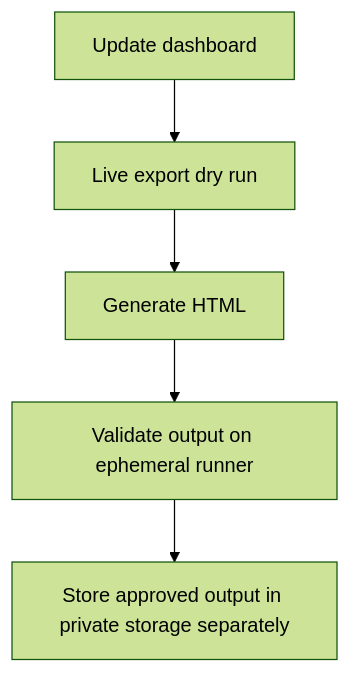
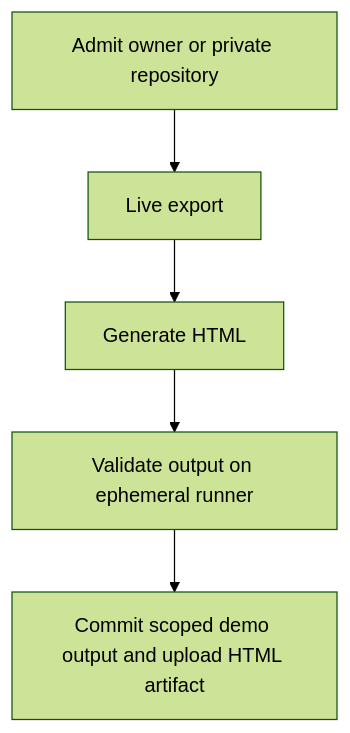
Before and after one commit to nathanmcnulty/defender-reporting: the diagram in docs/workflows.md, drawn with Mermaid (forest theme). The commit also changed other lines of this file and 7 other files, not shown here.

Commit message:
Restore owner demo publication with fork privacy guards

````diff
--- a/docs/workflows.md
+++ b/docs/workflows.md
@@ -20,7 +20,7 @@
 ```mermaid
 flowchart TD
-    A["Update dashboard"] --> B["Live export dry run"]
+    A["Admit owner or private repository"] --> B["Live export"]
     B --> C["Generate HTML"]
     C --> D["Validate output on ephemeral runner"]
-    D --> E["Store approved output in private storage separately"]
+    D --> E["Commit scoped demo output and upload HTML artifact"]
 ```
````
